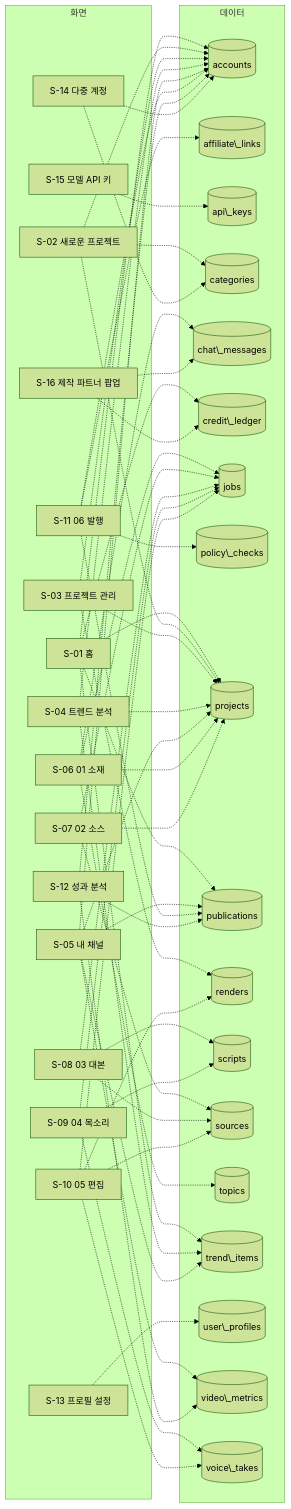
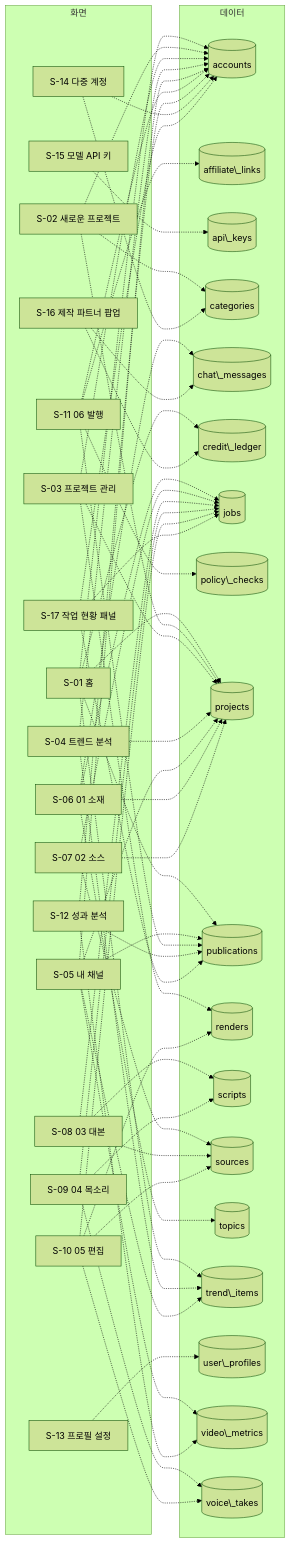
One commit to DevOps0906/Shopping-Shorts-Maker changed the diagram in docs/diagrams/screen-data.mmd. Above: the diagram before and after it, drawn with Mermaid (forest theme). The commit also changed 10 other files, not shown here.

```diff
--- a/docs/diagrams/screen-data.mmd
+++ b/docs/diagrams/screen-data.mmd
@@ -1,88 +1,92 @@
 flowchart LR
   subgraph SC["화면"]
     n_S_01["S-01 홈"]
     n_S_02["S-02 새로운 프로젝트"]
     n_S_03["S-03 프로젝트 관리"]
     n_S_04["S-04 트렌드 분석"]
     n_S_05["S-05 내 채널"]
     n_S_06["S-06 01 소재"]
     n_S_07["S-07 02 소스"]
     n_S_08["S-08 03 대본"]
     n_S_09["S-09 04 목소리"]
     n_S_10["S-10 05 편집"]
     n_S_11["S-11 06 발행"]
     n_S_12["S-12 성과 분석"]
     n_S_13["S-13 프로필 설정"]
     n_S_14["S-14 다중 계정"]
     n_S_15["S-15 모델 API 키"]
     n_S_16["S-16 제작 파트너 팝업"]
+    n_S_17["S-17 작업 현황 패널"]
   end
   subgraph DB["데이터"]
     n_t_accounts[("accounts")]
     n_t_affiliate__links[("affiliate\_links")]
     n_t_api__keys[("api\_keys")]
     n_t_categories[("categories")]
     n_t_chat__messages[("chat\_messages")]
     n_t_credit__ledger[("credit\_ledger")]
     n_t_jobs[("jobs")]
     n_t_policy__checks[("policy\_checks")]
     n_t_projects[("projects")]
     n_t_publications[("publications")]
     n_t_renders[("renders")]
     n_t_scripts[("scripts")]
     n_t_sources[("sources")]
     n_t_topics[("topics")]
     n_t_trend__items[("trend\_items")]
     n_t_user__profiles[("user\_profiles")]
     n_t_video__metrics[("video\_metrics")]
     n_t_voice__takes[("voice\_takes")]
   end
   n_S_01 -.-> n_t_projects
   n_S_01 -.-> n_t_accounts
   n_S_01 -.-> n_t_trend__items
   n_S_01 -.-> n_t_publications
   n_S_01 -.-> n_t_credit__ledger
   n_S_02 -.-> n_t_projects
   n_S_02 -.-> n_t_accounts
   n_S_02 -.-> n_t_categories
   n_S_03 -.-> n_t_projects
   n_S_03 -.-> n_t_accounts
   n_S_03 -.-> n_t_renders
   n_S_04 -.-> n_t_trend__items
   n_S_04 -.-> n_t_projects
   n_S_04 -.-> n_t_accounts
   n_S_05 -.-> n_t_accounts
   n_S_05 -.-> n_t_projects
   n_S_05 -.-> n_t_trend__items
   n_S_05 -.-> n_t_publications
   n_S_05 -.-> n_t_video__metrics
   n_S_06 -.-> n_t_projects
   n_S_06 -.-> n_t_topics
   n_S_06 -.-> n_t_chat__messages
   n_S_06 -.-> n_t_jobs
   n_S_07 -.-> n_t_sources
   n_S_07 -.-> n_t_projects
   n_S_07 -.-> n_t_jobs
   n_S_08 -.-> n_t_scripts
   n_S_08 -.-> n_t_sources
   n_S_08 -.-> n_t_jobs
   n_S_09 -.-> n_t_voice__takes
   n_S_09 -.-> n_t_scripts
   n_S_09 -.-> n_t_jobs
   n_S_10 -.-> n_t_renders
   n_S_10 -.-> n_t_sources
   n_S_10 -.-> n_t_voice__takes
   n_S_10 -.-> n_t_jobs
   n_S_11 -.-> n_t_affiliate__links
   n_S_11 -.-> n_t_publications
   n_S_11 -.-> n_t_policy__checks
   n_S_11 -.-> n_t_accounts
   n_S_12 -.-> n_t_video__metrics
   n_S_12 -.-> n_t_publications
   n_S_12 -.-> n_t_accounts
   n_S_13 -.-> n_t_user__profiles
   n_S_14 -.-> n_t_accounts
   n_S_14 -.-> n_t_categories
   n_S_15 -.-> n_t_api__keys
   n_S_16 -.-> n_t_chat__messages
   n_S_16 -.-> n_t_credit__ledger
+  n_S_17 -.-> n_t_jobs
+  n_S_17 -.-> n_t_publications
+  n_S_17 -.-> n_t_accounts
```
